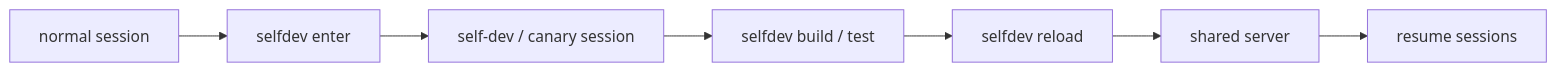
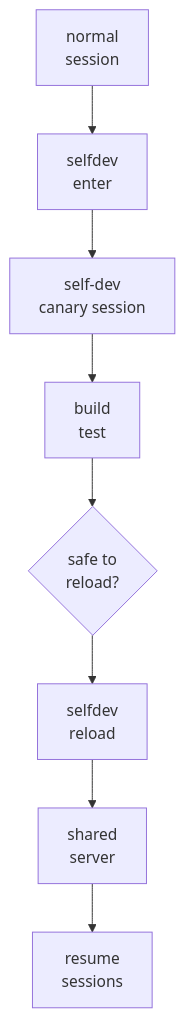
Before and after one commit to Br1an67/learn-jcode: the second of 4 diagrams in docs/en/s09-ambient-selfdev.md, drawn with Mermaid. The commit also changed other lines of this file and 23 other files, not shown here.

Commit message:
Improve Mermaid diagram layout

````diff
--- a/docs/en/s09-ambient-selfdev.md
+++ b/docs/en/s09-ambient-selfdev.md
@@ -218,9 +218,10 @@
 ```mermaid
-flowchart LR
-  Normal["normal session"] --> Enter["selfdev enter"]
-  Enter --> Canary["self-dev / canary session"]
-  Canary --> Build["selfdev build / test"]
-  Build --> Reload["selfdev reload"]
-  Reload --> Server["shared server"]
-  Server --> Resume["resume sessions"]
+flowchart TD
+  Normal["normal<br/>session"] --> Enter["selfdev<br/>enter"]
+  Enter --> Canary["self-dev<br/>canary session"]
+  Canary --> Build["build<br/>test"]
+  Build --> Gate{"safe to<br/>reload?"}
+  Gate --> Reload["selfdev<br/>reload"]
+  Reload --> Server["shared<br/>server"]
+  Server --> Resume["resume<br/>sessions"]
 ```
````
